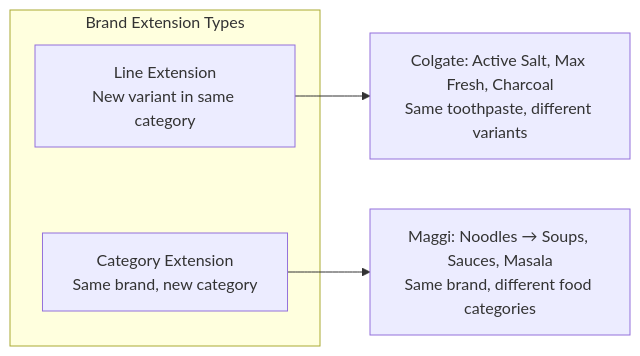
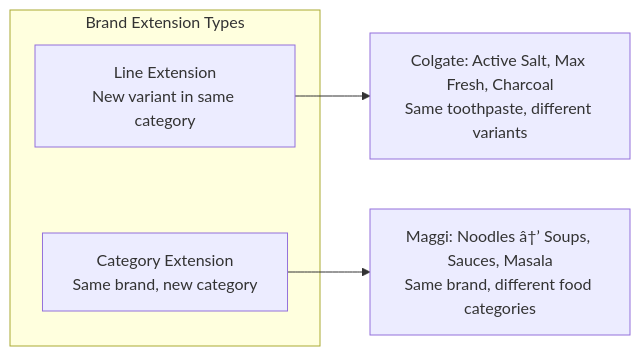
One commit to Raushan666java/ai-engineering-journey changed the second of 7 diagrams in docs/courses/marketing-aptitude/03-brand-management-digital.md. Above: the diagram before and after it, drawn with Mermaid. The commit also changed other lines of this file and 735 other files, not shown here.

````diff
--- a/docs/courses/marketing-aptitude/03-brand-management-digital.md
+++ b/docs/courses/marketing-aptitude/03-brand-management-digital.md
@@ -118,9 +118,9 @@
 ```mermaid
 graph LR
     subgraph "Brand Extension Types"
         L[Line Extension<br/>New variant in same category]
         C[Category Extension<br/>Same brand, new category]
     end
     L --> E1[Colgate: Active Salt, Max Fresh, Charcoal<br/>Same toothpaste, different variants]
-    C --> E2[Maggi: Noodles → Soups, Sauces, Masala<br/>Same brand, different food categories]
+    C --> E2[Maggi: Noodles â†’ Soups, Sauces, Masala<br/>Same brand, different food categories]
 ```
````
